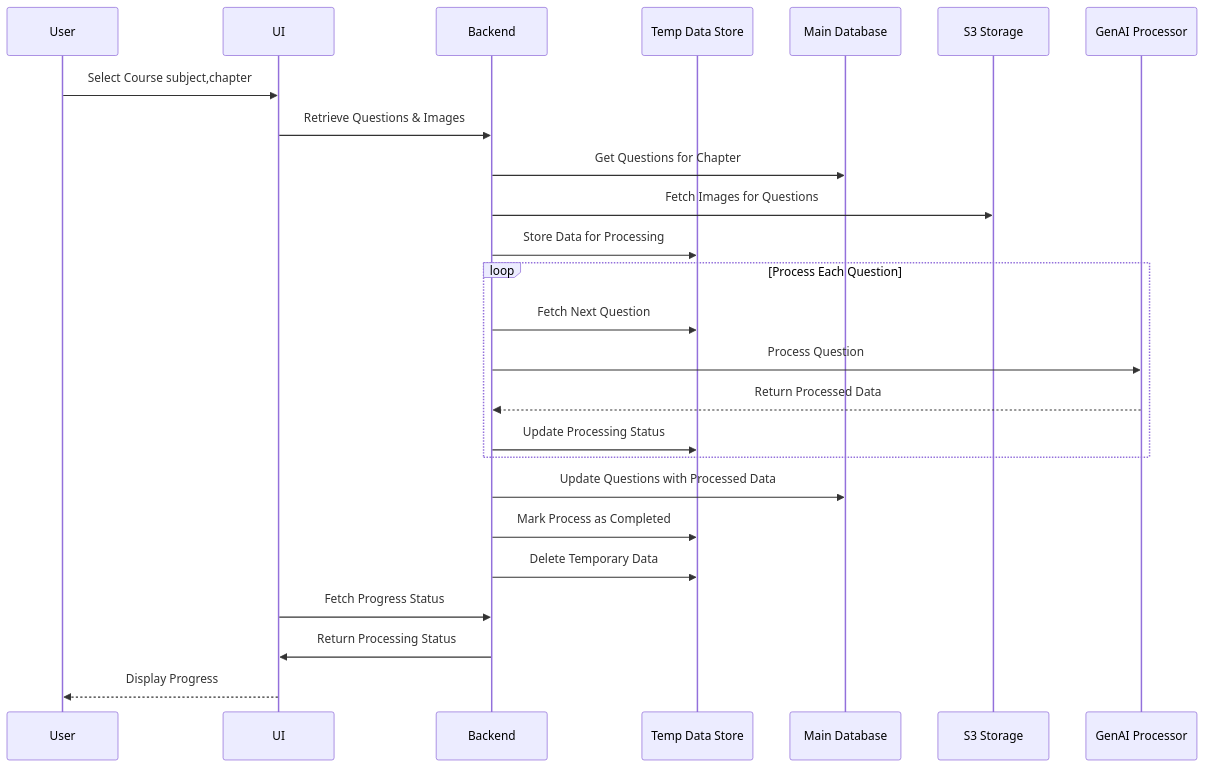
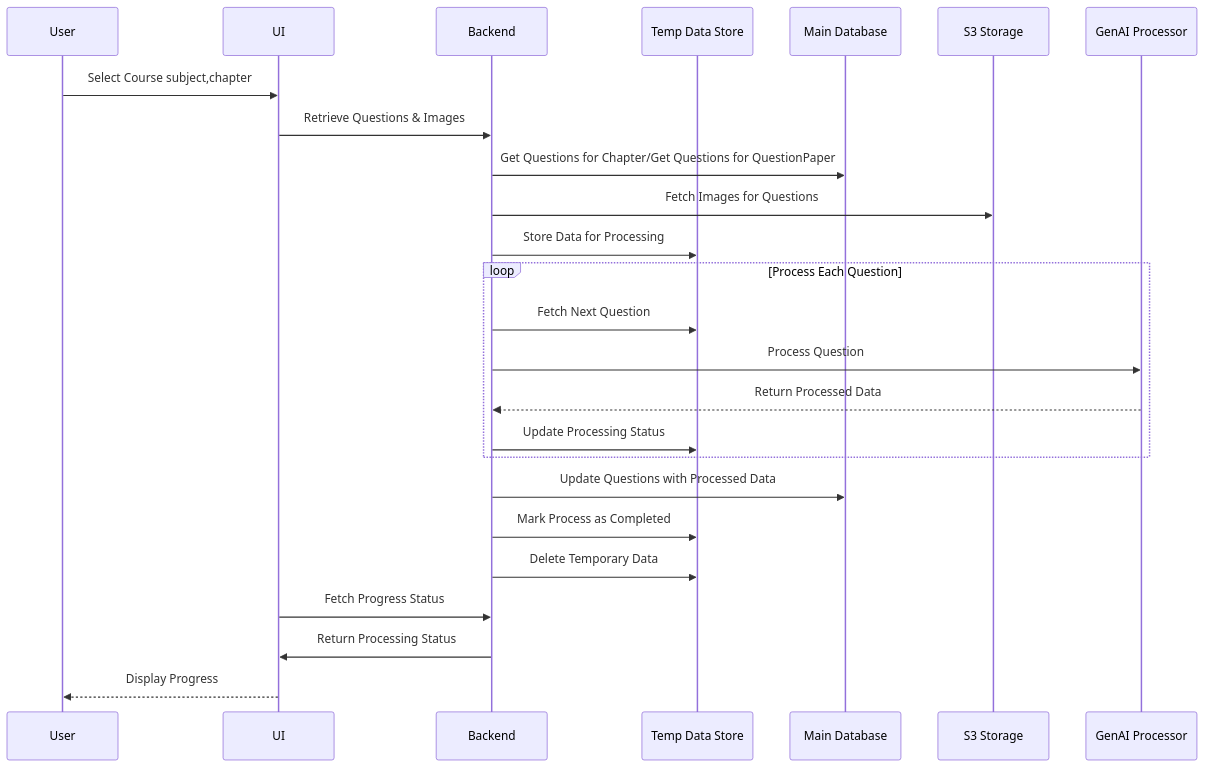
The diagram in docs/sequence_digram.md (MayuriSutar12/Documentation), drawn with Mermaid before and after one commit.

````diff
--- a/docs/sequence_digram.md
+++ b/docs/sequence_digram.md
@@ -2,33 +2,33 @@
 ```mermaid
 sequenceDiagram
     participant User as User
     participant UI as UI
     participant Backend as Backend
     participant TempDB as Temp Data Store
     participant MainDB as Main Database
     participant S3 as S3 Storage
     participant GenAI as GenAI Processor
 
     User ->> UI: Select Course subject,chapter
     UI ->> Backend: Retrieve Questions & Images
-    Backend ->> MainDB: Get Questions for Chapter
+    Backend ->> MainDB: Get Questions for Chapter/Get Questions for QuestionPaper
     Backend ->> S3: Fetch Images for Questions
     Backend ->> TempDB: Store Data for Processing
 
     loop Process Each Question
         Backend ->> TempDB: Fetch Next Question
         Backend ->> GenAI: Process Question
         GenAI -->> Backend: Return Processed Data
         Backend ->> TempDB: Update Processing Status
     end
 
     Backend ->> MainDB: Update Questions with Processed Data
     Backend ->> TempDB: Mark Process as Completed
     Backend ->> TempDB: Delete Temporary Data
 
     UI ->> Backend: Fetch Progress Status
     Backend ->> UI: Return Processing Status
     UI -->> User: Display Progress
 
 
 ```
````
